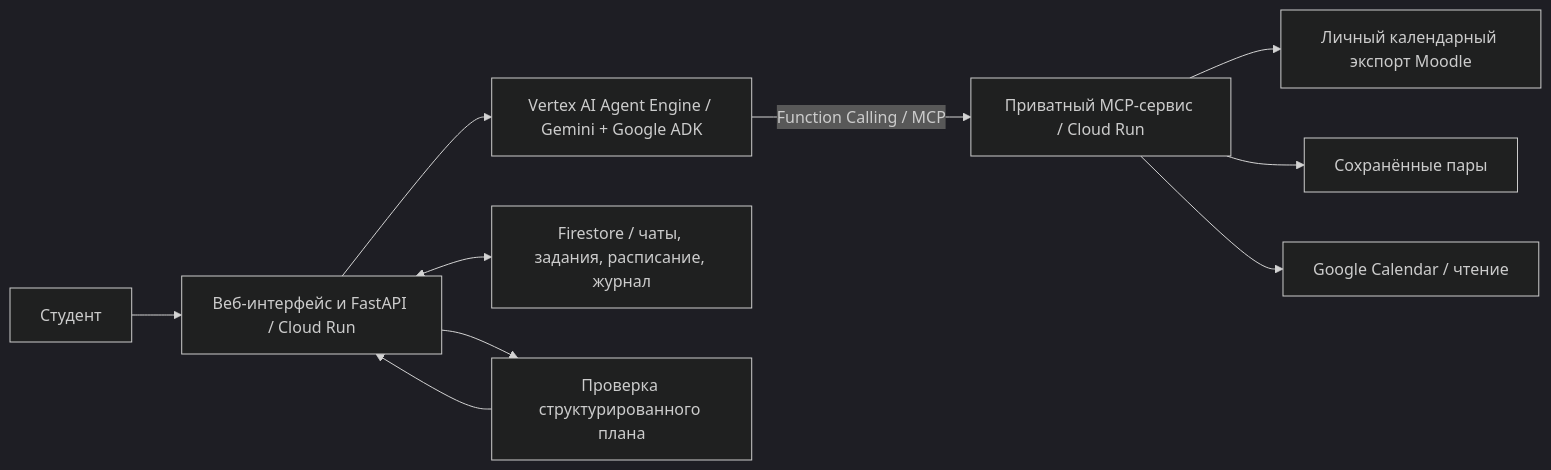
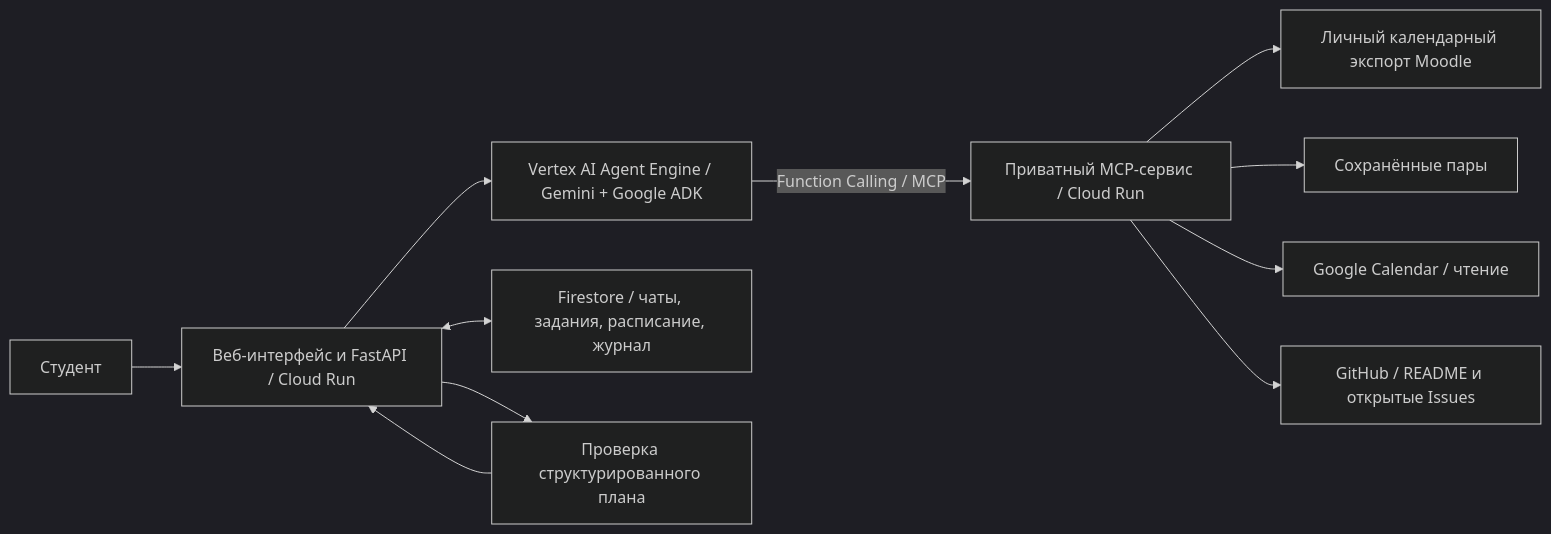
One commit to anuarmaksut711-dotcom/google_hack changed the diagram in README.md. Above: the diagram before and after it, drawn with Mermaid (dark theme). The commit also changed other lines of this file and 14 other files, not shown here.

Commit message:
feat: read public GitHub assignments through MCP

````diff
--- a/README.md
+++ b/README.md
@@ -90,12 +110,13 @@
 ```mermaid
 flowchart LR
     Student[Студент] --> Web[Веб-интерфейс и FastAPI / Cloud Run]
     Web --> Engine[Vertex AI Agent Engine / Gemini + Google ADK]
     Engine -->|Function Calling / MCP| MCP[Приватный MCP-сервис / Cloud Run]
     MCP --> Moodle[Личный календарный экспорт Moodle]
     MCP --> Classes[Сохранённые пары]
     MCP --> Calendar[Google Calendar / чтение]
+    MCP --> GitHub[GitHub / README и открытые Issues]
     Web <--> State[Firestore / чаты, задания, расписание, журнал]
     Web --> Check[Проверка структурированного плана]
     Check --> Web
 ```
````
